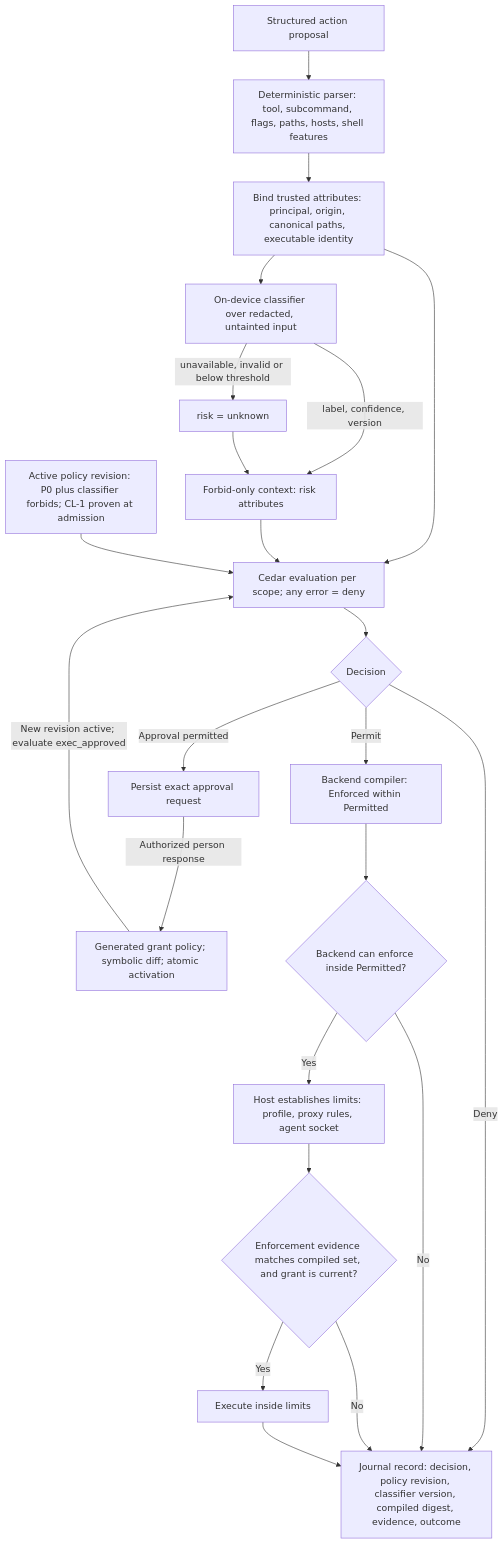
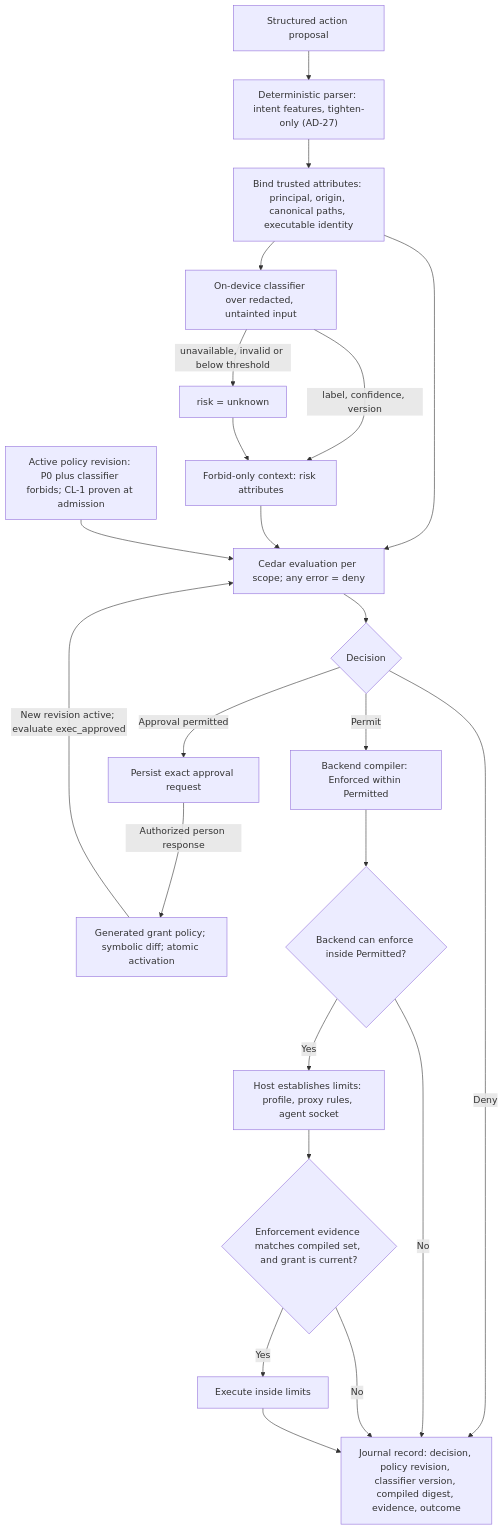
One commit to pidster/asura changed the sixth of 6 diagrams in docs/designs/assurance-and-differentiation.md. Above: the diagram before and after it, drawn with Mermaid. The commit also changed other lines of this file and 6 other files, not shown here.

````diff
--- a/docs/designs/assurance-and-differentiation.md
+++ b/docs/designs/assurance-and-differentiation.md
@@ -651,25 +659,25 @@
 ```mermaid
 flowchart TB
-    Prop["Structured action proposal"] --> Parse["Deterministic parser: tool, subcommand, flags, paths, hosts, shell features"]
+    Prop["Structured action proposal"] --> Parse["Deterministic parser: intent features, tighten-only (AD-27)"]
     Parse --> Bind["Bind trusted attributes: principal, origin, canonical paths, executable identity"]
     Bind --> Clf["On-device classifier over redacted, untainted input"]
     Clf -->|"label, confidence, version"| Ctx["Forbid-only context: risk attributes"]
     Clf -->|"unavailable, invalid or below threshold"| Unk["risk = unknown"]
     Unk --> Ctx
     Bind --> Eval
     Ctx --> Eval["Cedar evaluation per scope; any error = deny"]
     Rev["Active policy revision: P0 plus classifier forbids; CL-1 proven at admission"] --> Eval
     Eval --> Dec{"Decision"}
     Dec -->|"Deny"| Rec
     Dec -->|"Approval permitted"| Ask["Persist exact approval request"]
     Ask -->|"Authorized person response"| Gen["Generated grant policy; symbolic diff; atomic activation"]
     Gen -->|"New revision active; evaluate exec_approved"| Eval
     Dec -->|"Permit"| Compile["Backend compiler: Enforced within Permitted"]
     Compile --> Fit{"Backend can enforce inside Permitted?"}
     Fit -->|"No"| Rec
     Fit -->|"Yes"| Est["Host establishes limits: profile, proxy rules, agent socket"]
     Est --> Gate{"Enforcement evidence matches compiled set, and grant is current?"}
     Gate -->|"No"| Rec
     Gate -->|"Yes"| Run["Execute inside limits"]
     Run --> Rec["Journal record: decision, policy revision, classifier version, compiled digest, evidence, outcome"]
 ```
````
